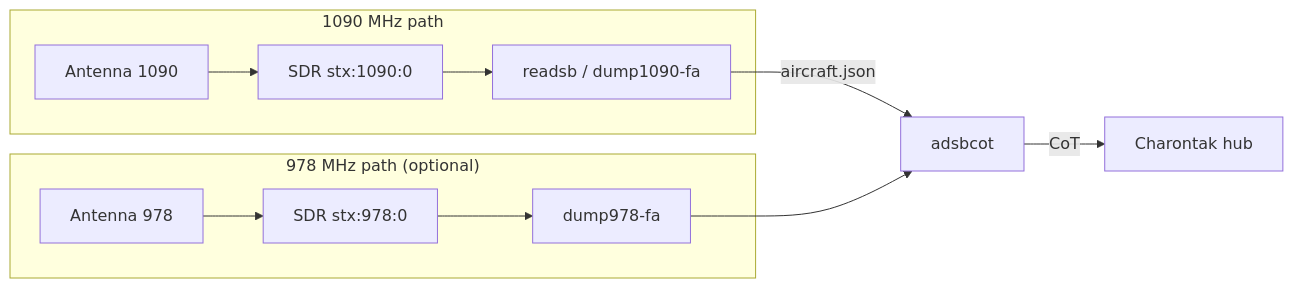
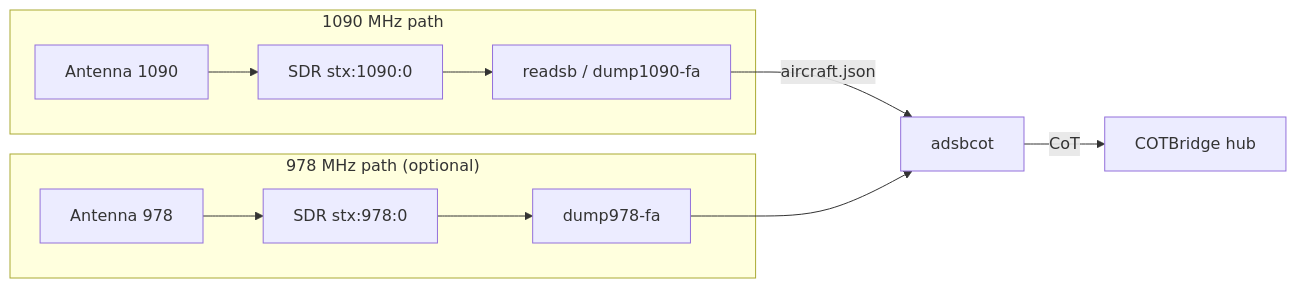
The diagram in docs/deploy/air-adsb.md (snstac/aryaos), drawn with Mermaid before and after one commit. The commit also changed other lines of this file and 180 other files, not shown here.

````diff
--- a/docs/deploy/air-adsb.md
+++ b/docs/deploy/air-adsb.md
@@ -76,12 +76,12 @@
 ```mermaid
 flowchart LR
     subgraph 1090["1090 MHz path"]
       A1[Antenna 1090] --> S1[SDR stx:1090:0] --> R[readsb / dump1090-fa]
     end
     subgraph 978["978 MHz path (optional)"]
       A2[Antenna 978] --> S2[SDR stx:978:0] --> U[dump978-fa]
     end
     R -->|aircraft.json| ADSB[adsbcot]
     U --> ADSB
-    ADSB -->|CoT| H[Charontak hub]
+    ADSB -->|CoT| H[COTBridge hub]
 ```
````
